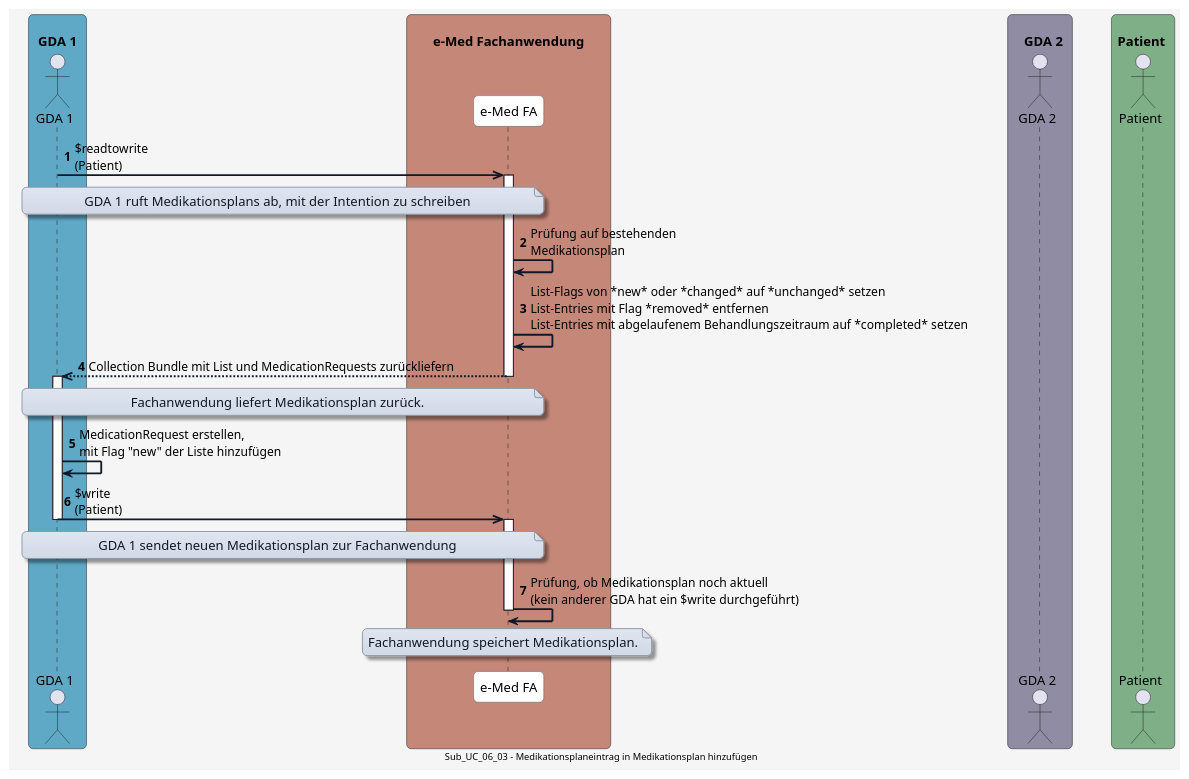
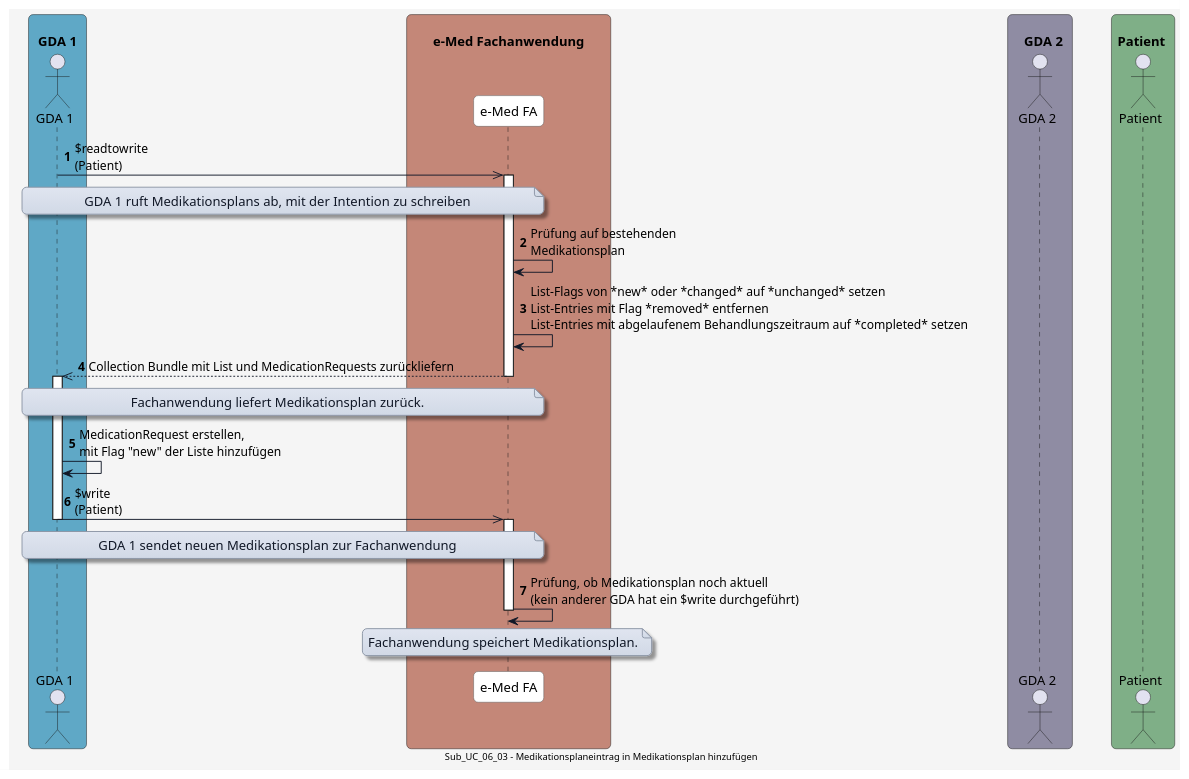
One commit to HL7Austria/ELGA-e-Medikation-R4 changed the diagram in input/images-source/UC_06_03.plantuml. Above: the diagram before and after it, drawn with PlantUML. The commit also changed 7 other files, not shown here.

```diff
--- a/input/images-source/UC_06_03.plantuml
+++ b/input/images-source/UC_06_03.plantuml
@@ -1,101 +1,102 @@
 @startuml
 skinparam borderColor #000000
 skinparam backgroundColor #f5f5f5
 skinparam shadowing false
 skinparam roundCorner 10
 skinparam defaultFontName "Arial"
 skinparam defaultFontSize 14
 skinparam defaultFontColor #000000
 
 skinparam note {
   BackgroundColor #e0e5f0-#d1d9e6
   BorderColor #8b95a5
   BorderThickness 1
   RoundCorner 8
   Padding 6
   FontColor #111827
   Shadowing true
 }
 
 skinparam HyperlinkColor #0000EE
 skinparam HyperlinkUnderline false
 
 skinparam sequence {
   ParticipantBorderColor #555555
   ParticipantBackgroundColor #ffffff
   ParticipantFontColor #000000
   ParticipantFontSize 14
   ParticipantPadding 20
   ArrowColor #111827
-  ArrowThickness 2
+  ArrowThickness 1
   ArrowFontColor #000000
   ArrowFontSize 13
   GroupBorderColor #111827
-  GroupBackgroundColor #f3f4f6
-  GroupBorderThickness 1
+  GroupBackgroundColor #eef2ff
+  GroupBorderThickness 2
 }
 
 skinparam BoxPadding 20
 skinparam BoxBorderColor #555555
 
 box "\n  GDA 1  " #5FA8C6
   actor GDA_1 as "GDA 1"
 end box
 
 box "\n       e-Med Fachanwendung       " #C48778
   participant eMed_FA as "e-Med FA"
 end box
 
 box "\n    GDA 2  " #8F8CA3
   actor GDA_2 as "GDA 2"
 end box
 
 box "\n Patient  " #7FAF87
   actor Patient as "Patient"
 end box
+
 
 autonumber
 
 GDA_1 ->> eMed_FA: $readtowrite\n(Patient)
 note over GDA_1, eMed_FA
 GDA 1 ruft Medikationsplans ab, mit der Intention zu schreiben
 end note
 
 activate eMed_FA
 eMed_FA -> eMed_FA: Prüfung auf bestehenden\nMedikationsplan
 
 eMed_FA -> eMed_FA: List-Flags von *new* oder *changed* auf *unchanged* setzen\nList-Entries mit Flag *removed* entfernen\nList-Entries mit abgelaufenem Behandlungszeitraum auf *completed* setzen
 
 eMed_FA -->> GDA_1: Collection Bundle mit List und MedicationRequests zurückliefern
 
 deactivate eMed_FA
 
 note over GDA_1, eMed_FA
 Fachanwendung liefert Medikationsplan zurück.
 end note
 
 activate GDA_1
 
 GDA_1 -> GDA_1: MedicationRequest erstellen,\nmit Flag "new" der Liste hinzufügen
 
 GDA_1 ->> eMed_FA: $write\n(Patient)
 
 deactivate GDA_1
 
 note over GDA_1, eMed_FA
 GDA 1 sendet neuen Medikationsplan zur Fachanwendung
 end note
 
 activate eMed_FA
 
 eMed_FA -> eMed_FA: Prüfung, ob Medikationsplan noch aktuell\n(kein anderer GDA hat ein $write durchgeführt)
 
 note over eMed_FA
 Fachanwendung speichert Medikationsplan.
 end note
 
 deactivate eMed_FA
 
 center footer Sub_UC_06_03 - Medikationsplaneintrag in Medikationsplan hinzufügen
 
 @enduml
```
